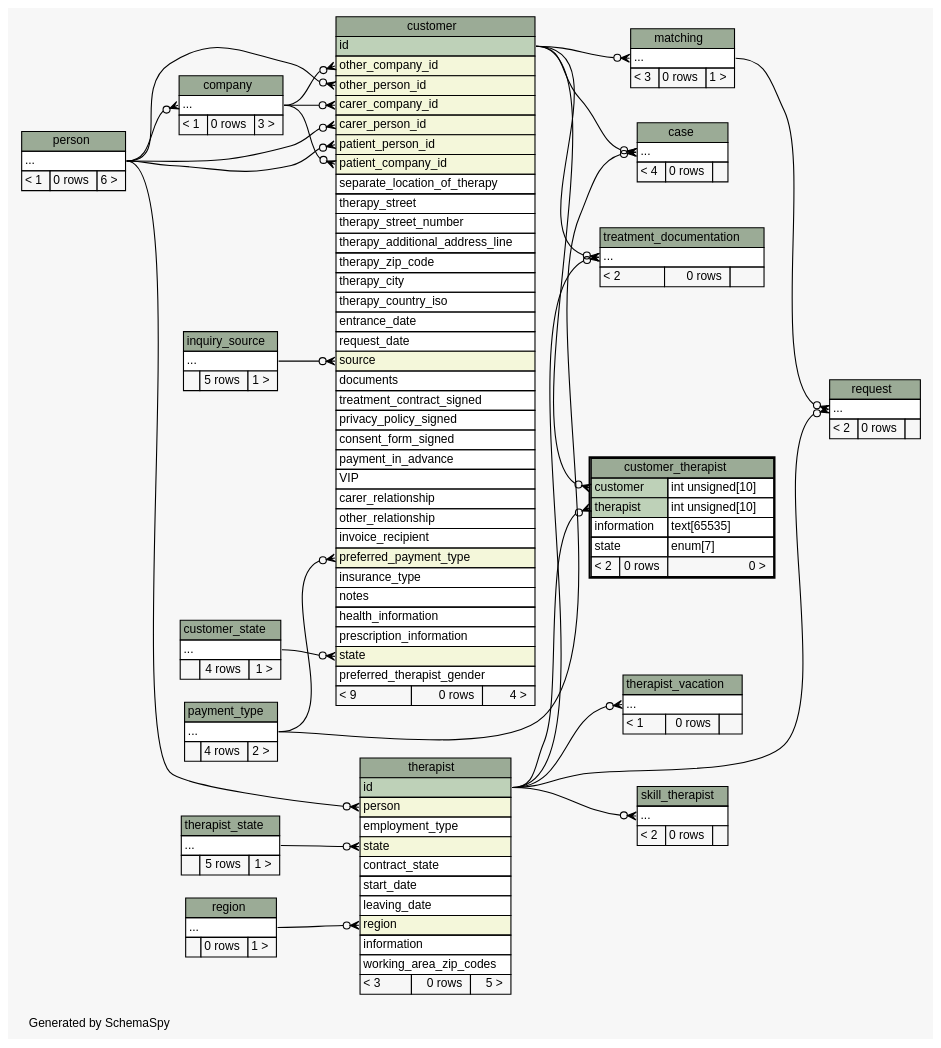
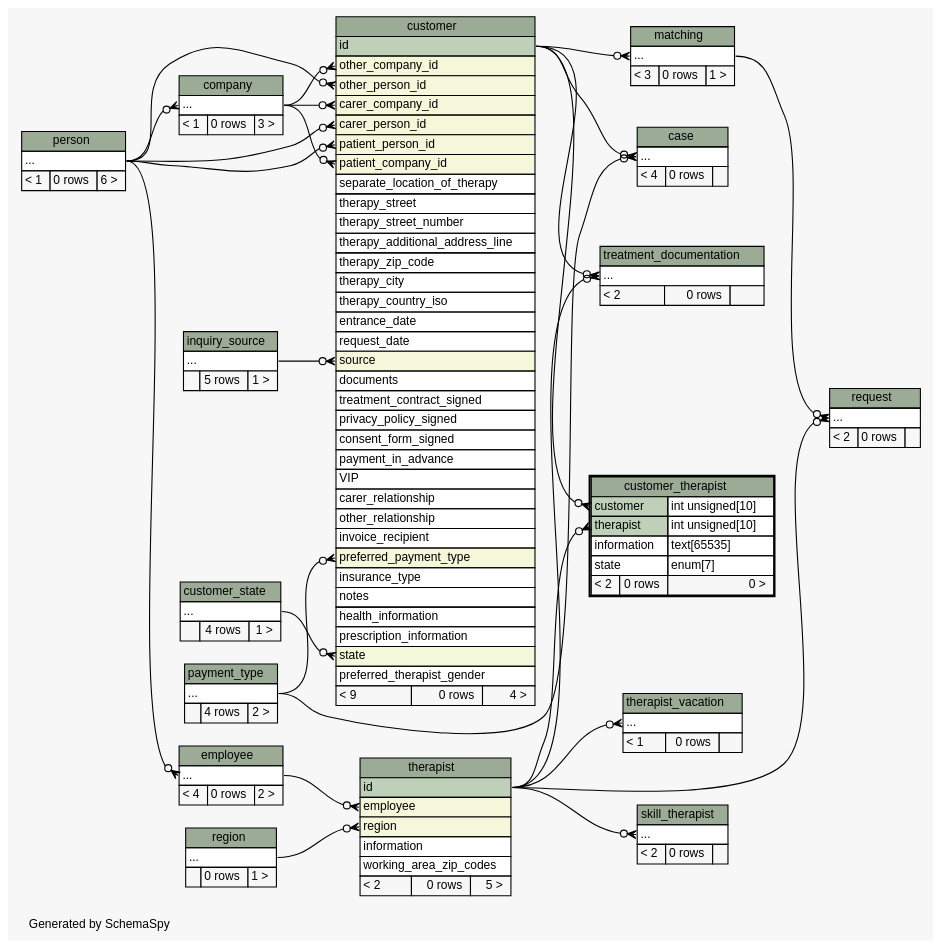
Before and after one commit to KaiBMP/KaiBMP.github.io: the diagram in diagrams/customer_therapist.2degrees.dot, drawn with Graphviz. The commit also changed 141 other files, not shown here.

Commit message:
schemaspy update

```diff
--- a/diagrams/customer_therapist.2degrees.dot
+++ b/diagrams/customer_therapist.2degrees.dot
@@ -1,4 +1,4 @@
-// dot 2.40.1 on Linux 5.3.0-26-generic
+// dot 2.40.1 on Linux 5.3.0-28-generic
 // SchemaSpy rev 590
 digraph "twoDegreesRelationshipsDiagram" {
   graph [
@@ -33,13 +33,13 @@
   "customer":"state":w -> "customer_state":"elipses":e [arrowhead=none dir=back arrowtail=crowodot];
   "customer_therapist":"customer":w -> "customer":"id":e [arrowhead=none dir=back arrowtail=crowodot];
   "customer_therapist":"therapist":w -> "therapist":"id":e [arrowhead=none dir=back arrowtail=crowodot];
+  "employee":"elipses":w -> "person":"elipses":e [arrowhead=none dir=back arrowtail=crowodot];
   "matching":"elipses":w -> "customer":"id":e [arrowhead=none dir=back arrowtail=crowodot];
   "request":"elipses":w -> "matching":"elipses":e [arrowhead=none dir=back arrowtail=crowodot];
   "request":"elipses":w -> "therapist":"id":e [arrowhead=none dir=back arrowtail=crowodot];
   "skill_therapist":"elipses":w -> "therapist":"id":e [arrowhead=none dir=back arrowtail=crowodot];
-  "therapist":"person":w -> "person":"elipses":e [arrowhead=none dir=back arrowtail=crowodot];
+  "therapist":"employee":w -> "employee":"elipses":e [arrowhead=none dir=back arrowtail=crowodot];
   "therapist":"region":w -> "region":"elipses":e [arrowhead=none dir=back arrowtail=crowodot];
-  "therapist":"state":w -> "therapist_state":"elipses":e [arrowhead=none dir=back arrowtail=crowodot];
   "therapist_vacation":"elipses":w -> "therapist":"id":e [arrowhead=none dir=back arrowtail=crowodot];
   "treatment_documentation":"elipses":w -> "customer":"id":e [arrowhead=none dir=back arrowtail=crowodot];
   "treatment_documentation":"elipses":w -> "therapist":"id":e [arrowhead=none dir=back arrowtail=crowodot];
@@ -128,6 +128,16 @@
     URL="customer_therapist.html"
     tooltip="customer_therapist"
   ];
+  "employee" [
+    label=<
+    <TABLE BORDER="0" CELLBORDER="1" CELLSPACING="0" BGCOLOR="#ffffff">
+      <TR><TD COLSPAN="3" BGCOLOR="#9bab96" ALIGN="CENTER">employee</TD></TR>
+      <TR><TD PORT="elipses" COLSPAN="3" ALIGN="LEFT">...</TD></TR>
+      <TR><TD ALIGN="LEFT" BGCOLOR="#f7f7f7">&lt; 4</TD><TD ALIGN="RIGHT" BGCOLOR="#f7f7f7">0 rows</TD><TD ALIGN="RIGHT" BGCOLOR="#f7f7f7">2 &gt;</TD></TR>
+    </TABLE>>
+    URL="employee.html"
+    tooltip="employee"
+  ];
   "inquiry_source" [
     label=<
     <TABLE BORDER="0" CELLBORDER="1" CELLSPACING="0" BGCOLOR="#ffffff">
@@ -203,29 +213,14 @@
     <TABLE BORDER="0" CELLBORDER="1" CELLSPACING="0" BGCOLOR="#ffffff">
       <TR><TD COLSPAN="3" BGCOLOR="#9bab96" ALIGN="CENTER">therapist</TD></TR>
       <TR><TD PORT="id" COLSPAN="3" BGCOLOR="#bed1b8" ALIGN="LEFT">id</TD></TR>
-      <TR><TD PORT="person" COLSPAN="3" BGCOLOR="#f4f7da" ALIGN="LEFT">person</TD></TR>
-      <TR><TD PORT="employment_type" COLSPAN="3" ALIGN="LEFT">employment_type</TD></TR>
-      <TR><TD PORT="state" COLSPAN="3" BGCOLOR="#f4f7da" ALIGN="LEFT">state</TD></TR>
-      <TR><TD PORT="contract_state" COLSPAN="3" ALIGN="LEFT">contract_state</TD></TR>
-      <TR><TD PORT="start_date" COLSPAN="3" ALIGN="LEFT">start_date</TD></TR>
-      <TR><TD PORT="leaving_date" COLSPAN="3" ALIGN="LEFT">leaving_date</TD></TR>
+      <TR><TD PORT="employee" COLSPAN="3" BGCOLOR="#f4f7da" ALIGN="LEFT">employee</TD></TR>
       <TR><TD PORT="region" COLSPAN="3" BGCOLOR="#f4f7da" ALIGN="LEFT">region</TD></TR>
       <TR><TD PORT="information" COLSPAN="3" ALIGN="LEFT">information</TD></TR>
       <TR><TD PORT="working_area_zip_codes" COLSPAN="3" ALIGN="LEFT">working_area_zip_codes</TD></TR>
-      <TR><TD ALIGN="LEFT" BGCOLOR="#f7f7f7">&lt; 3</TD><TD ALIGN="RIGHT" BGCOLOR="#f7f7f7">0 rows</TD><TD ALIGN="RIGHT" BGCOLOR="#f7f7f7">5 &gt;</TD></TR>
+      <TR><TD ALIGN="LEFT" BGCOLOR="#f7f7f7">&lt; 2</TD><TD ALIGN="RIGHT" BGCOLOR="#f7f7f7">0 rows</TD><TD ALIGN="RIGHT" BGCOLOR="#f7f7f7">5 &gt;</TD></TR>
     </TABLE>>
     URL="therapist.html"
     tooltip="therapist"
-  ];
-  "therapist_state" [
-    label=<
-    <TABLE BORDER="0" CELLBORDER="1" CELLSPACING="0" BGCOLOR="#ffffff">
-      <TR><TD COLSPAN="3" BGCOLOR="#9bab96" ALIGN="CENTER">therapist_state</TD></TR>
-      <TR><TD PORT="elipses" COLSPAN="3" ALIGN="LEFT">...</TD></TR>
-      <TR><TD ALIGN="LEFT" BGCOLOR="#f7f7f7">  </TD><TD ALIGN="RIGHT" BGCOLOR="#f7f7f7">5 rows</TD><TD ALIGN="RIGHT" BGCOLOR="#f7f7f7">1 &gt;</TD></TR>
-    </TABLE>>
-    URL="therapist_state.html"
-    tooltip="therapist_state"
   ];
   "therapist_vacation" [
     label=<
```
